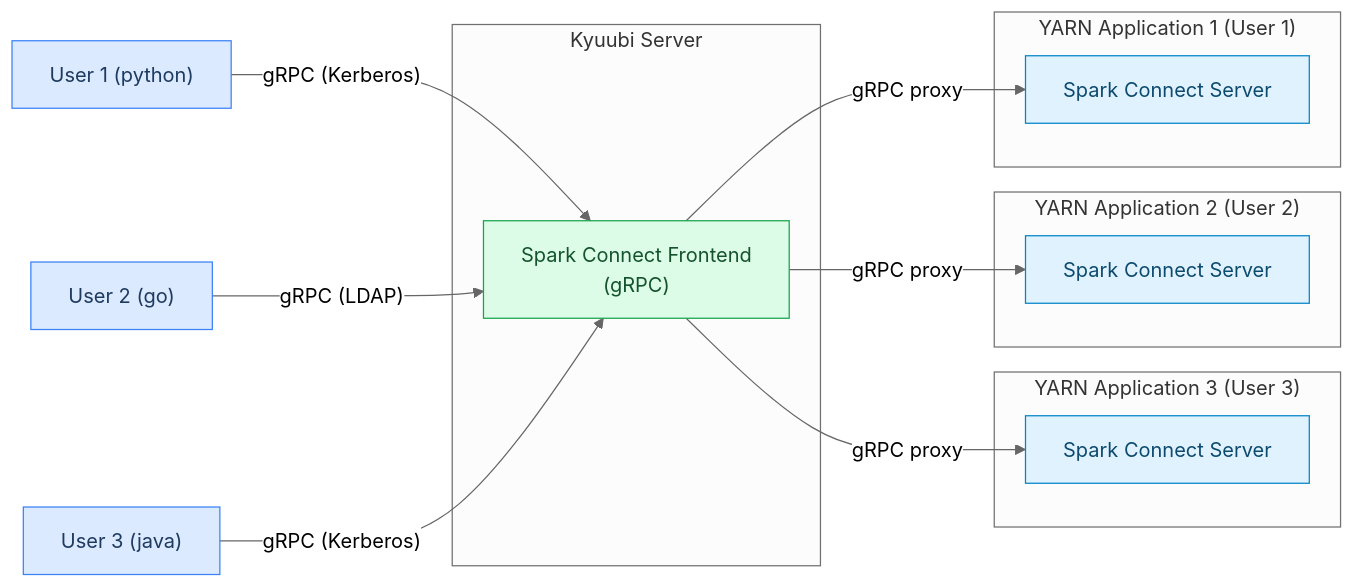
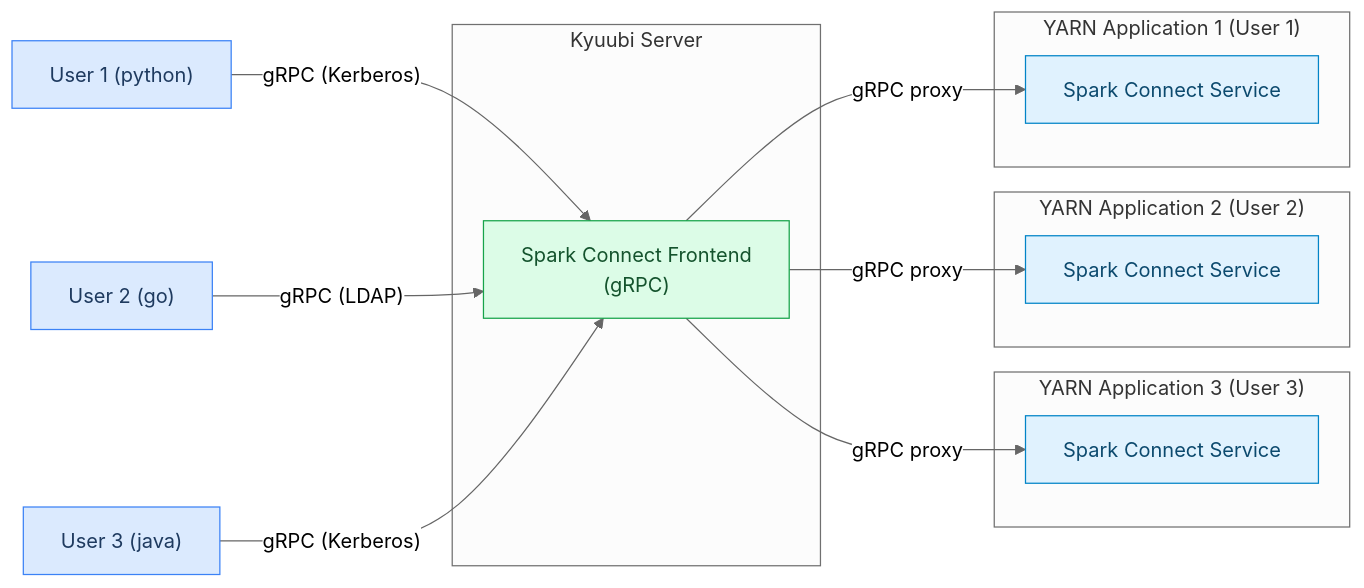
Before and after one commit to arenadata/kyuubi: the diagram in docs/spark_connect/kyuubi_spark_connect_architecture.mmd, drawn with Mermaid (neutral theme). The commit also changed 1 other file, not shown here.

Commit message:
small fixes in kyuubi_architecture.mmd and kyuubi_spark_connect_architecture.mmd

```diff
--- a/docs/spark_connect/kyuubi_spark_connect_architecture.mmd
+++ b/docs/spark_connect/kyuubi_spark_connect_architecture.mmd
@@ -1,39 +1,39 @@
 graph LR
     Client1["User 1 (python)"]
     Client2["User 2 (go)"]
     Client3["User 3 (java)"]
 
     subgraph Kyuubi["Kyuubi Server"]
         Frontend["Spark Connect Frontend<br>(gRPC)"]
     end
 
     subgraph App3["YARN Application 3 (User 3)"]
-        SC3["Spark Connect Server"]
+        SC3["Spark Connect Service"]
     end
 
     subgraph App2["YARN Application 2 (User 2)"]
-        SC2["Spark Connect Server"]
+        SC2["Spark Connect Service"]
     end
 
     subgraph App1["YARN Application 1 (User 1)"]
-        SC1["Spark Connect Server"]
+        SC1["Spark Connect Service"]
     end
 
     Client1 -->|"gRPC (Kerberos)"| Frontend
     Client2 -->|"gRPC (LDAP)"| Frontend
     Client3 -->|"gRPC (Kerberos)"| Frontend
     Frontend -->|"gRPC proxy"| SC1
     Frontend -->|"gRPC proxy"| SC2
     Frontend -->|"gRPC proxy"| SC3
 
     Client1:::client
     Client2:::client
     Client3:::client
     Frontend:::frontend
     SC1:::engine
     SC2:::engine
     SC3:::engine
 
     classDef client    fill:#dbeafe,stroke:#3b82f6,color:#1e3a5f
     classDef frontend  fill:#dcfce7,stroke:#16a34a,color:#14532d
     classDef engine    fill:#e0f2fe,stroke:#0284c7,color:#0c4a6e
```
